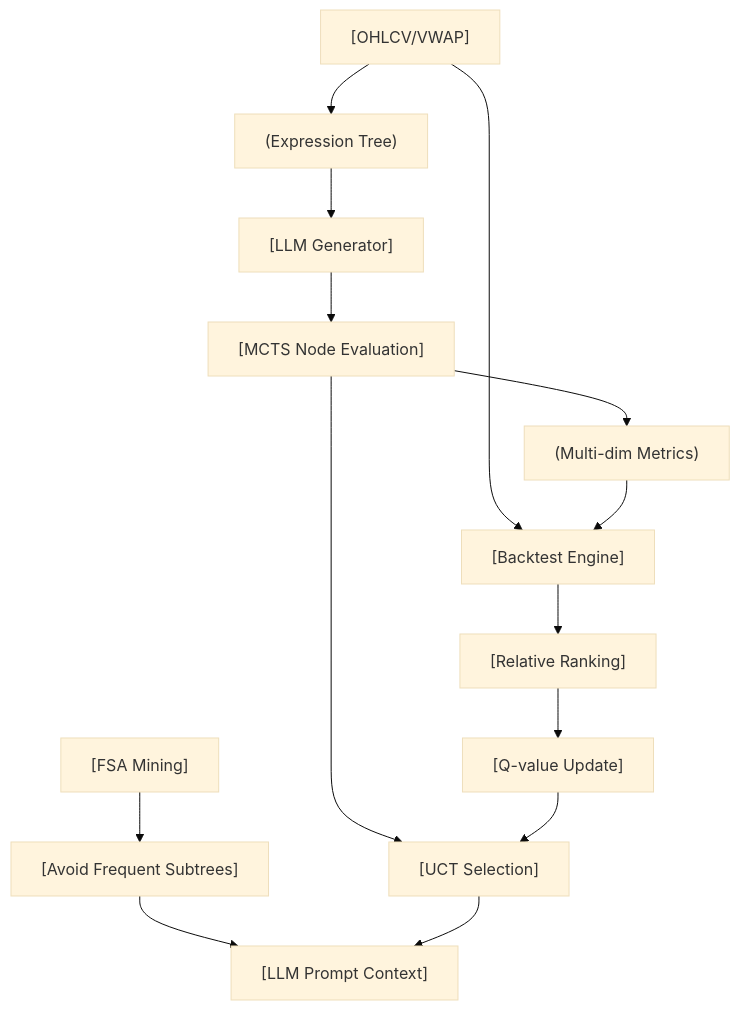
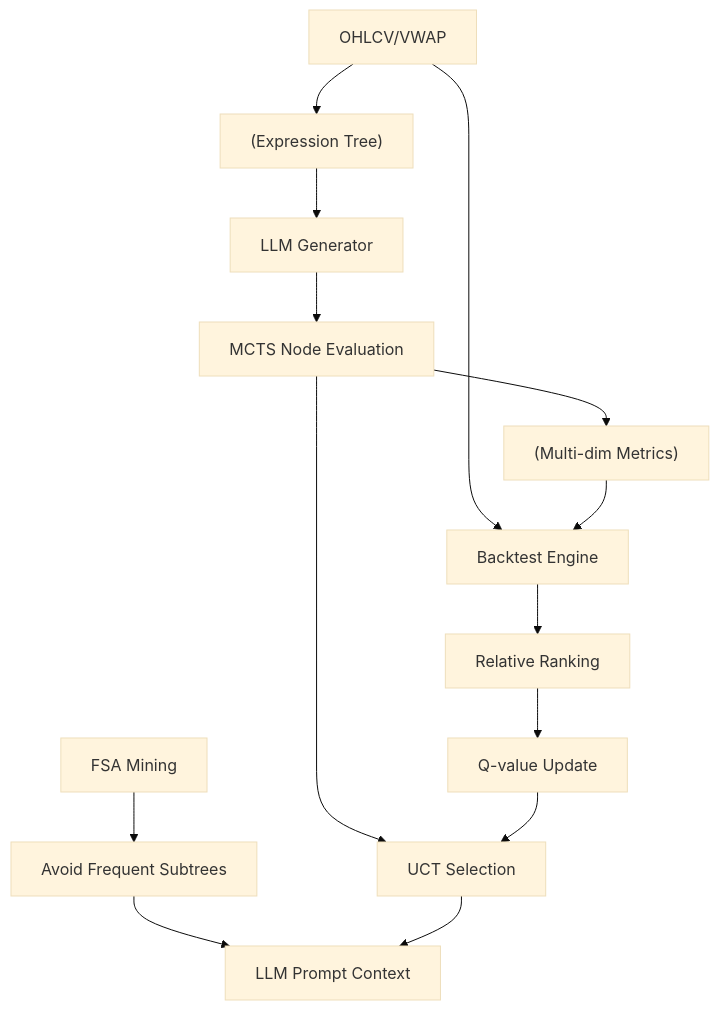
One commit to sou350121/Trading-Handbook changed the diagram in foundations/factor-mining/llm-mcts-alpha-mining.md. Above: the diagram before and after it, drawn with Mermaid (base theme). The commit also changed other lines of this file and 191 other files, not shown here.

First line of the commit message:
render: fix math + mermaid for GitHub across the corpus (188 pages)

````diff
--- a/foundations/factor-mining/llm-mcts-alpha-mining.md
+++ b/foundations/factor-mining/llm-mcts-alpha-mining.md
@@ -30,16 +30,16 @@
 ```mermaid
 flowchart TD
-    A["[OHLCV/VWAP]"] --> B["(Expression Tree)"]
-    B["(Expression Tree)"] --> C["[LLM Generator]"]
-    A["[OHLCV/VWAP]"] --> D["[Backtest Engine]"]
-    C["[LLM Generator]"] --> F["[MCTS Node Evaluation]"]
-    F["[MCTS Node Evaluation]"] --> E["(Multi-dim Metrics)"]
-    E["(Multi-dim Metrics)"] --> D["[Backtest Engine]"]
-    D["[Backtest Engine]"] --> G["[Relative Ranking]"]
-    F["[MCTS Node Evaluation]"] --> I["[UCT Selection]"]
-    G["[Relative Ranking]"] --> H["[Q-value Update]"]
-    H["[Q-value Update]"] --> I["[UCT Selection]"]
-    J["[FSA Mining]"] --> K["[Avoid Frequent Subtrees]"]
-    K["[Avoid Frequent Subtrees]"] --> L["[LLM Prompt Context]"]
-    I["[UCT Selection]"] --> L["[LLM Prompt Context]"]
+    A["OHLCV/VWAP"] --> B["(Expression Tree)"]
+    B["(Expression Tree)"] --> C["LLM Generator"]
+    A["OHLCV/VWAP"] --> D["Backtest Engine"]
+    C["LLM Generator"] --> F["MCTS Node Evaluation"]
+    F["MCTS Node Evaluation"] --> E["(Multi-dim Metrics)"]
+    E["(Multi-dim Metrics)"] --> D["Backtest Engine"]
+    D["Backtest Engine"] --> G["Relative Ranking"]
+    F["MCTS Node Evaluation"] --> I["UCT Selection"]
+    G["Relative Ranking"] --> H["Q-value Update"]
+    H["Q-value Update"] --> I["UCT Selection"]
+    J["FSA Mining"] --> K["Avoid Frequent Subtrees"]
+    K["Avoid Frequent Subtrees"] --> L["LLM Prompt Context"]
+    I["UCT Selection"] --> L["LLM Prompt Context"]
 ```
````
